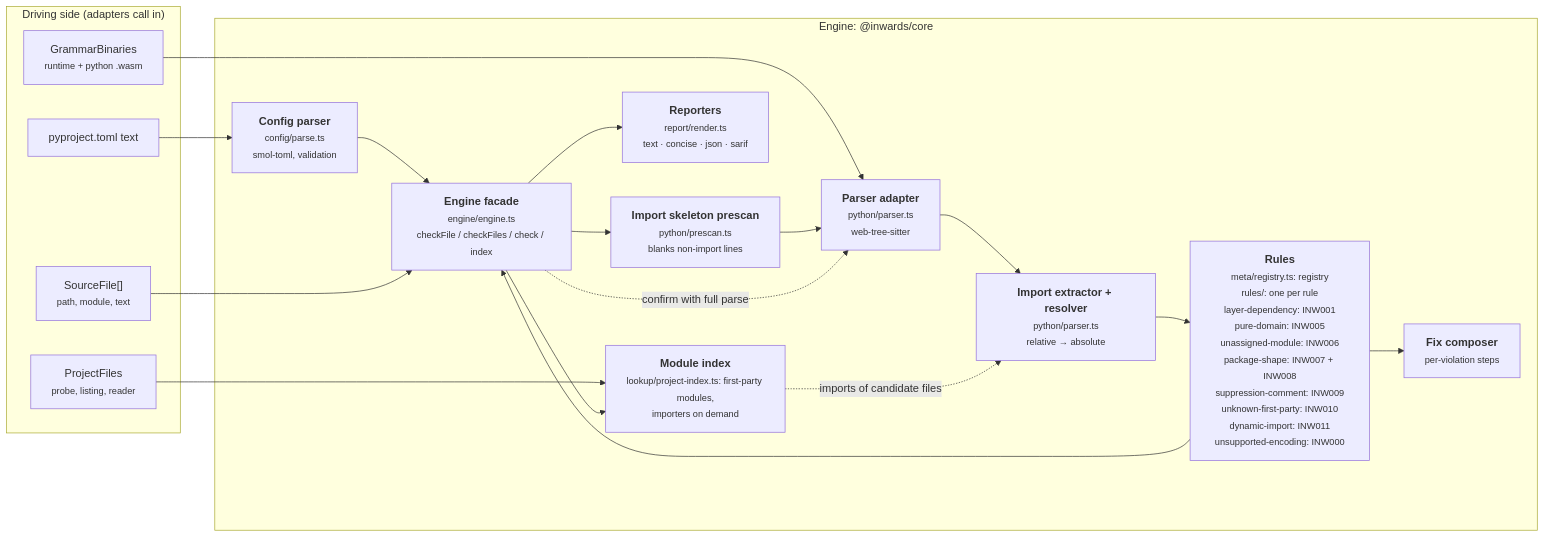
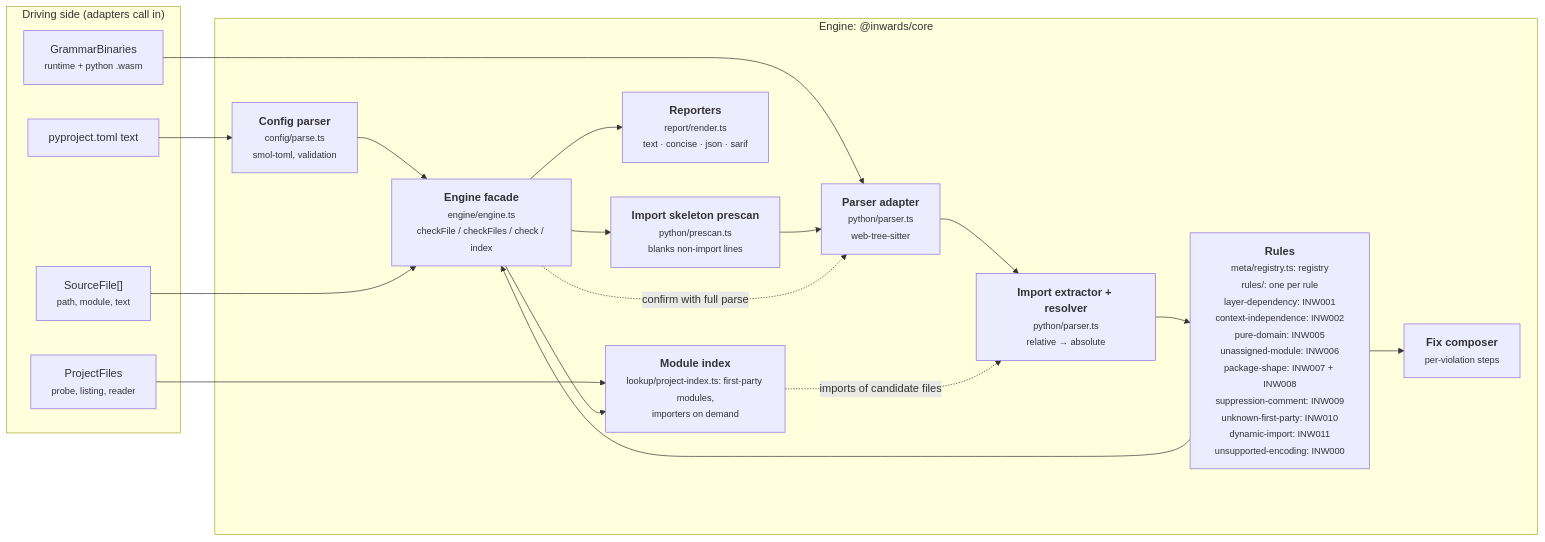
Before and after one commit to SirCypkowskyy/inwards: the third of 6 diagrams in docs/chapters/03-Architecture-C4.md, drawn with Mermaid. The commit also changed other lines of this file and 22 other files, not shown here.

First line of the commit message:
feat(rules): INW002 keeps each bounded context to the contexts it depends on

````diff
--- a/docs/chapters/03-Architecture-C4.md
+++ b/docs/chapters/03-Architecture-C4.md
@@ -99,33 +99,33 @@
 ```mermaid
 flowchart LR
     subgraph driving["Driving side (adapters call in)"]
         files["SourceFile[]<br/><small>path, module, text</small>"]
         pfiles["ProjectFiles<br/><small>probe, listing, reader</small>"]
         cfgtext["pyproject.toml text"]
         wasm["GrammarBinaries<br/><small>runtime + python .wasm</small>"]
     end
 
     subgraph enginebox["Engine: @inwards/core"]
         config["<b>Config parser</b><br/><small>config/parse.ts<br/>smol-toml, validation</small>"]
         pre["<b>Import skeleton prescan</b><br/><small>python/prescan.ts<br/>blanks non-import lines</small>"]
         parser["<b>Parser adapter</b><br/><small>python/parser.ts<br/>web-tree-sitter</small>"]
         extract["<b>Import extractor + resolver</b><br/><small>python/parser.ts<br/>relative → absolute</small>"]
-        rules["<b>Rules</b><br/><small>meta/registry.ts: registry<br/>rules/: one per rule<br/>layer-dependency: INW001<br/>pure-domain: INW005<br/>unassigned-module: INW006<br/>package-shape: INW007 + INW008<br/>suppression-comment: INW009<br/>unknown-first-party: INW010<br/>dynamic-import: INW011<br/>unsupported-encoding: INW000</small>"]
+        rules["<b>Rules</b><br/><small>meta/registry.ts: registry<br/>rules/: one per rule<br/>layer-dependency: INW001<br/>context-independence: INW002<br/>pure-domain: INW005<br/>unassigned-module: INW006<br/>package-shape: INW007 + INW008<br/>suppression-comment: INW009<br/>unknown-first-party: INW010<br/>dynamic-import: INW011<br/>unsupported-encoding: INW000</small>"]
         fix["<b>Fix composer</b><br/><small>per-violation steps</small>"]
         report["<b>Reporters</b><br/><small>report/render.ts<br/>text · concise · json · sarif</small>"]
         engine["<b>Engine facade</b><br/><small>engine/engine.ts<br/>checkFile / checkFiles / check / index</small>"]
         modgraph["<b>Module index</b><br/><small>lookup/project-index.ts: first-party modules,<br/>importers on demand</small>"]
     end
 
     cfgtext --> config --> engine
     wasm --> parser
     files --> engine
     engine --> pre --> parser --> extract --> rules
     rules --> fix
     rules --> engine
     engine -. "confirm with full parse" .-> parser
     pfiles --> modgraph
     engine --> modgraph
     modgraph -. "imports of candidate files" .-> extract
     engine --> report
 ```
````
